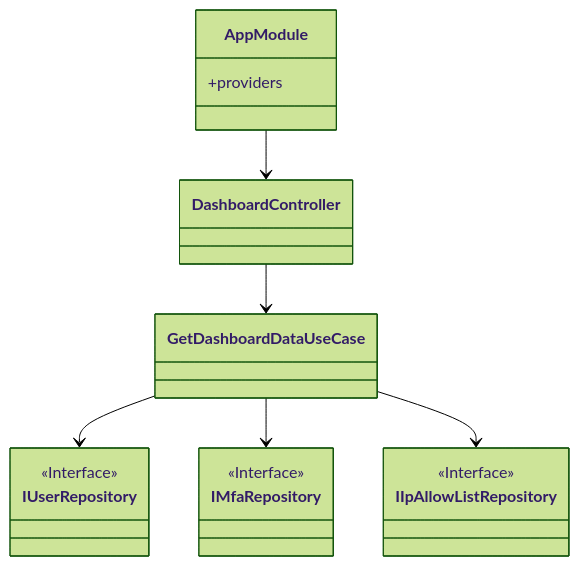
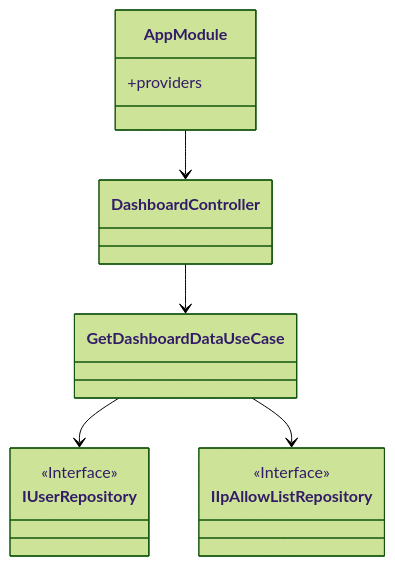
One commit to kencom2400/MrWebDefence-Console changed the second of 2 diagrams in docs/detailed-design/MWD-33_dashboard-implementation/class-diagrams.md. Above: the diagram before and after it, drawn with Mermaid (forest theme). The commit also changed other lines of this file and 3 other files, not shown here.

````diff
--- a/docs/detailed-design/MWD-33_dashboard-implementation/class-diagrams.md
+++ b/docs/detailed-design/MWD-33_dashboard-implementation/class-diagrams.md
@@ -84,30 +79,25 @@
 ```mermaid
 classDiagram
     class DashboardController {
     }
 
     class AppModule {
         +providers
     }
 
     class GetDashboardDataUseCase {
     }
 
     class IUserRepository {
         <<Interface>>
     }
 
-    class IMfaRepository {
-        <<Interface>>
-    }
-
     class IIpAllowListRepository {
         <<Interface>>
     }
 
     AppModule --> DashboardController
     DashboardController --> GetDashboardDataUseCase
     GetDashboardDataUseCase --> IUserRepository
-    GetDashboardDataUseCase --> IMfaRepository
     GetDashboardDataUseCase --> IIpAllowListRepository
 ```
````
